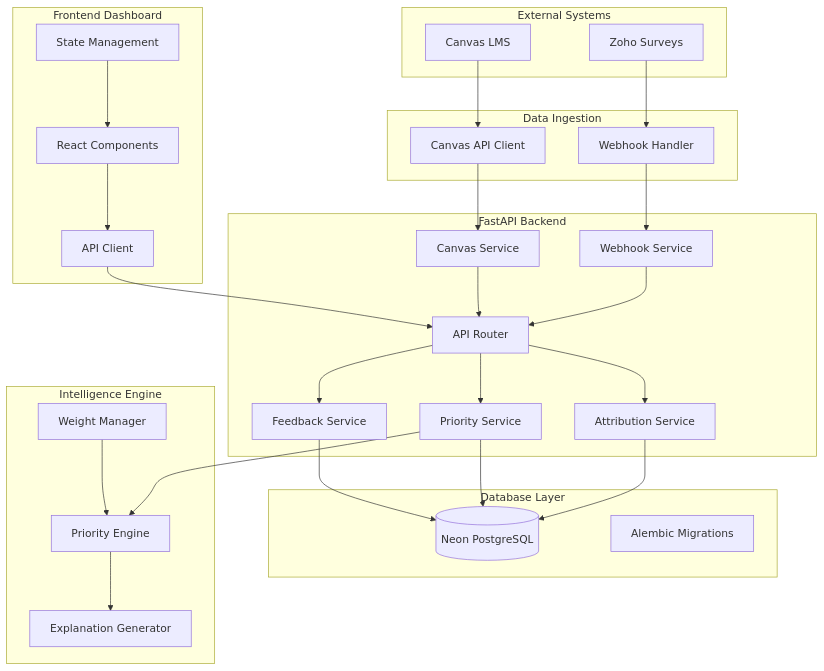
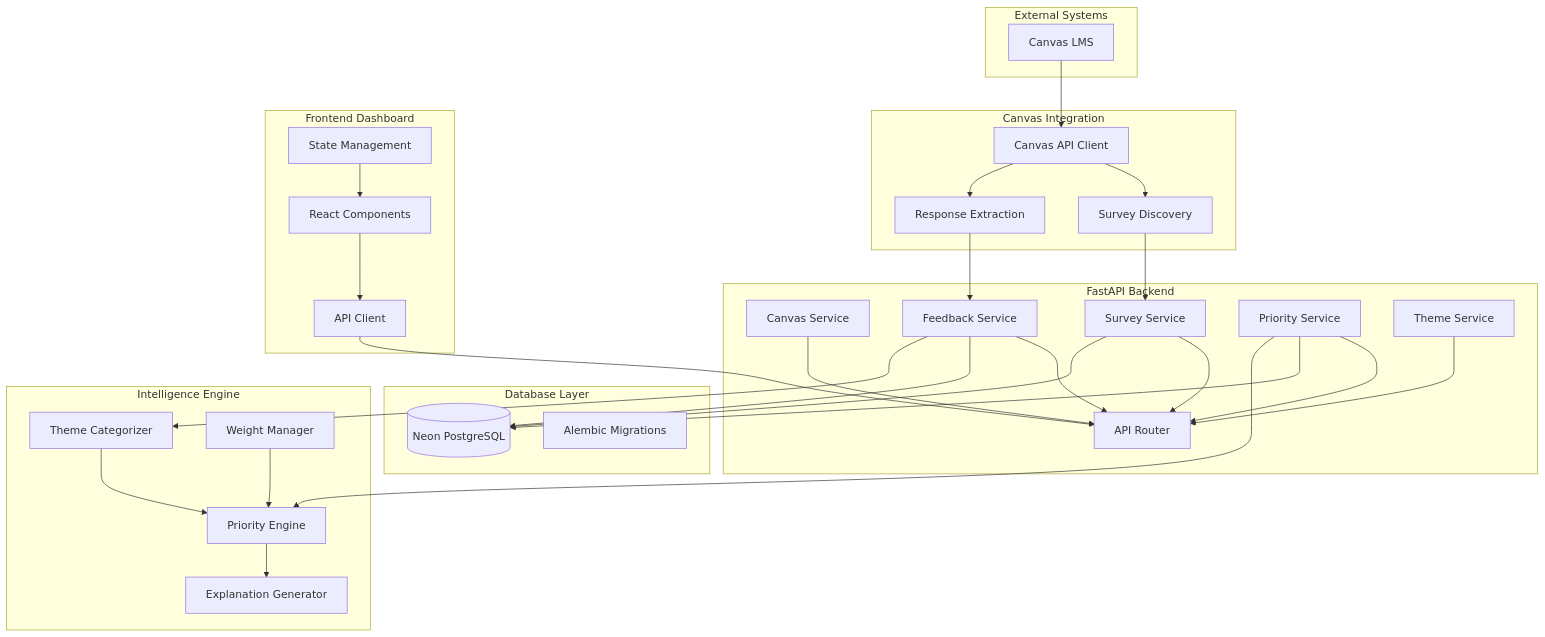
One commit to miasdk/CourseFeedbackAggregator changed the third of 4 diagrams in CLAUDE.md. Above: the diagram before and after it, drawn with Mermaid. The commit also changed other lines of this file and 2 other files, not shown here.

````diff
--- a/CLAUDE.md
+++ b/CLAUDE.md
@@ -620,61 +486,65 @@
 ```mermaid
 graph TB
     subgraph "External Systems"
-        ZS[Zoho Surveys]
         CL[Canvas LMS]
     end
 
-    subgraph "Data Ingestion"
-        WH[Webhook Handler]
+    subgraph "Canvas Integration"
         CA[Canvas API Client]
+        SD[Survey Discovery]
+        RE[Response Extraction]
     end
 
     subgraph "FastAPI Backend"
         API[API Router]
-        WS[Webhook Service]
         CS[Canvas Service]
-        AS[Attribution Service]
+        SS[Survey Service]
+        FS[Feedback Service]
         PS[Priority Service]
-        FS[Feedback Service]
+        TS[Theme Service]
     end
 
     subgraph "Database Layer"
         DB[(Neon PostgreSQL)]
         MIG[Alembic Migrations]
     end
 
     subgraph "Frontend Dashboard"
         RC[React Components]
         STS[State Management]
         ACL[API Client]
     end
 
     subgraph "Intelligence Engine"
         PE[Priority Engine]
         EG[Explanation Generator]
+        TC[Theme Categorizer]
         WM[Weight Manager]
     end
 
-    ZS --> WH
     CL --> CA
-    WH --> WS
-    CA --> CS
+    CA --> SD
+    CA --> RE
+    SD --> SS
+    RE --> FS
 
-    WS --> API
+    SS --> API
+    FS --> API
     CS --> API
-    API --> AS
-    API --> PS
-    API --> FS
+    PS --> API
+    TS --> API
 
-    AS --> DB
+    SS --> DB
+    FS --> DB
     PS --> DB
-    FS --> DB
 
+    FS --> TC
     PS --> PE
     PE --> EG
+    TC --> PE
     WM --> PE
 
     ACL --> API
     RC --> ACL
     STS --> RC
 ```
````
